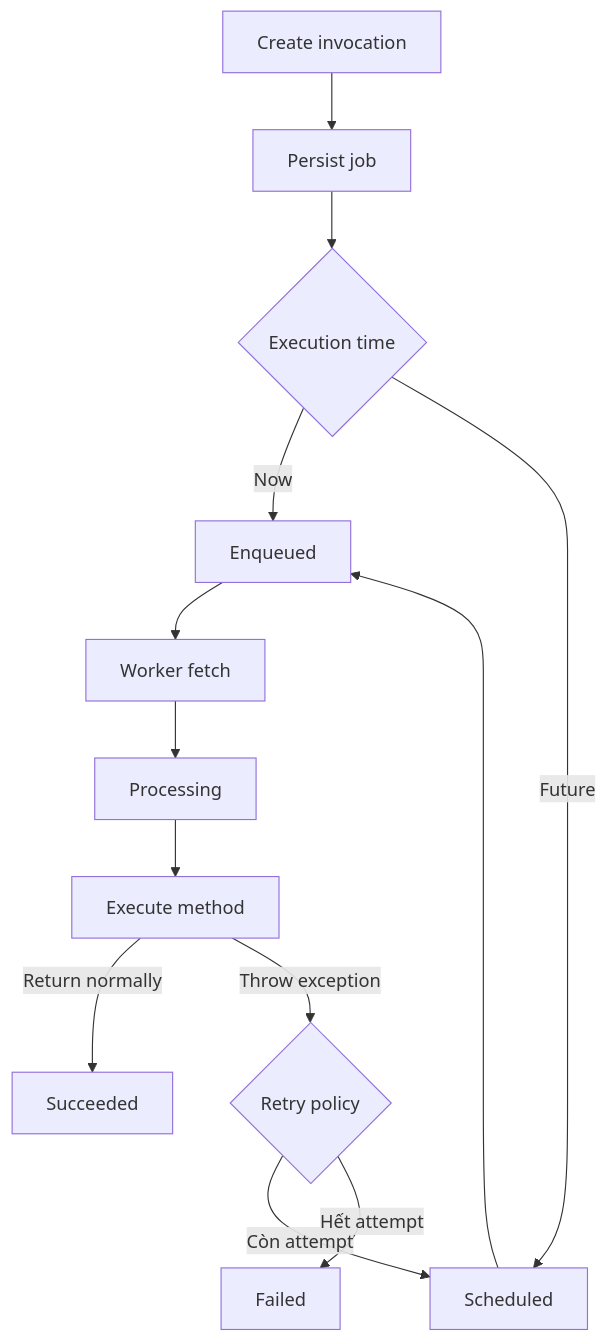
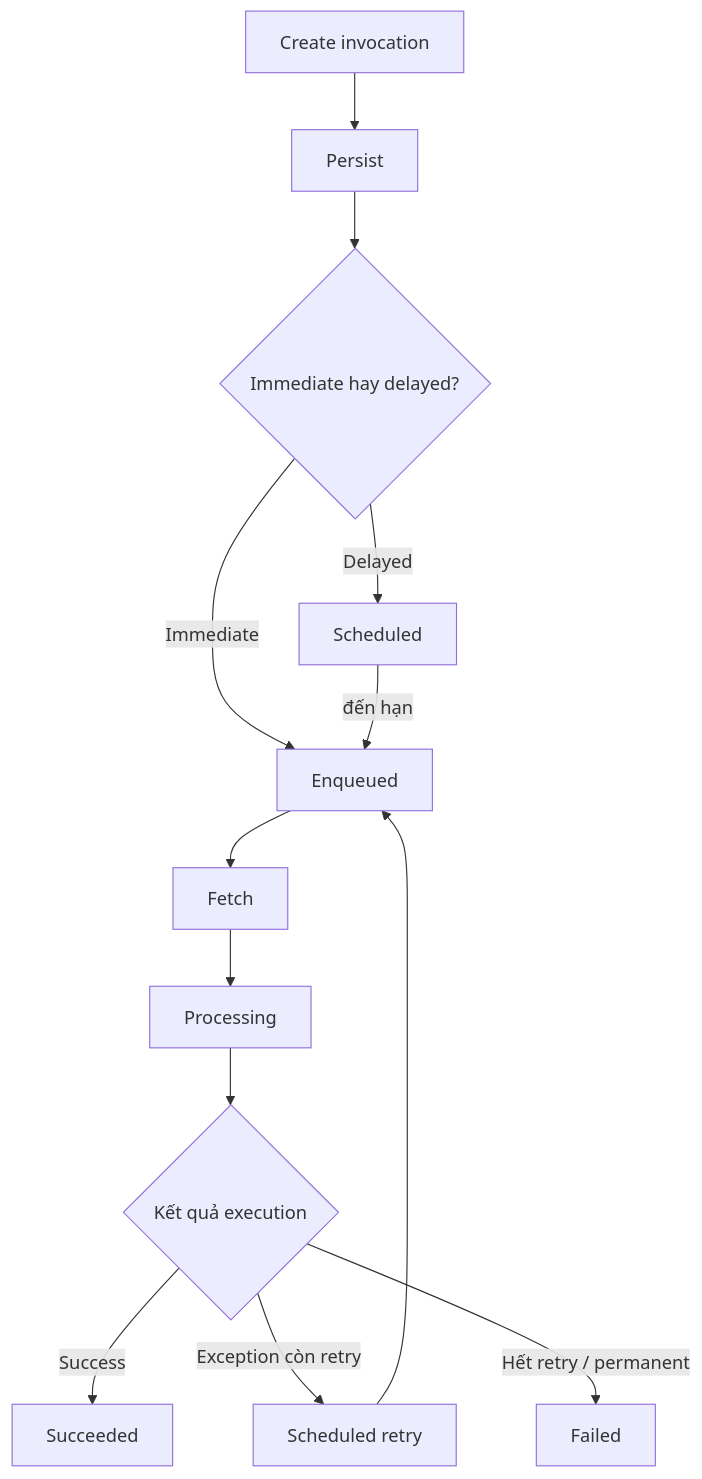
One commit to trungdev26/angular-internals changed the second of 12 diagrams in src/assets/docs/dotnet-core/hangfire.md. Above: the diagram before and after it, drawn with Mermaid. The commit also changed other lines of this file and 4 other files, not shown here.

````diff
--- a/src/assets/docs/dotnet-core/hangfire.md
+++ b/src/assets/docs/dotnet-core/hangfire.md
@@ -205,15 +440,15 @@
 ```mermaid
 flowchart TD
-    Create[Create invocation] --> Persist[Persist job]
-    Persist --> Waiting{Execution time}
-    Waiting -->|Now| Enqueued
-    Waiting -->|Future| Scheduled
-    Scheduled --> Enqueued
-    Enqueued --> Fetch[Worker fetch]
-    Fetch --> Processing
-    Processing --> Execute[Execute method]
-    Execute -->|Return normally| Succeeded
-    Execute -->|Throw exception| Retry{Retry policy}
-    Retry -->|Còn attempt| Scheduled
-    Retry -->|Hết attempt| Failed
+    A[Create invocation] --> B[Persist]
+    B --> C{Immediate hay delayed?}
+    C -->|Immediate| D[Enqueued]
+    C -->|Delayed| E[Scheduled]
+    E -->|đến hạn| D
+    D --> F[Fetch]
+    F --> G[Processing]
+    G --> H{Kết quả execution}
+    H -->|Success| I[Succeeded]
+    H -->|Exception còn retry| J[Scheduled retry]
+    J --> D
+    H -->|Hết retry / permanent| K[Failed]
 ```
````
